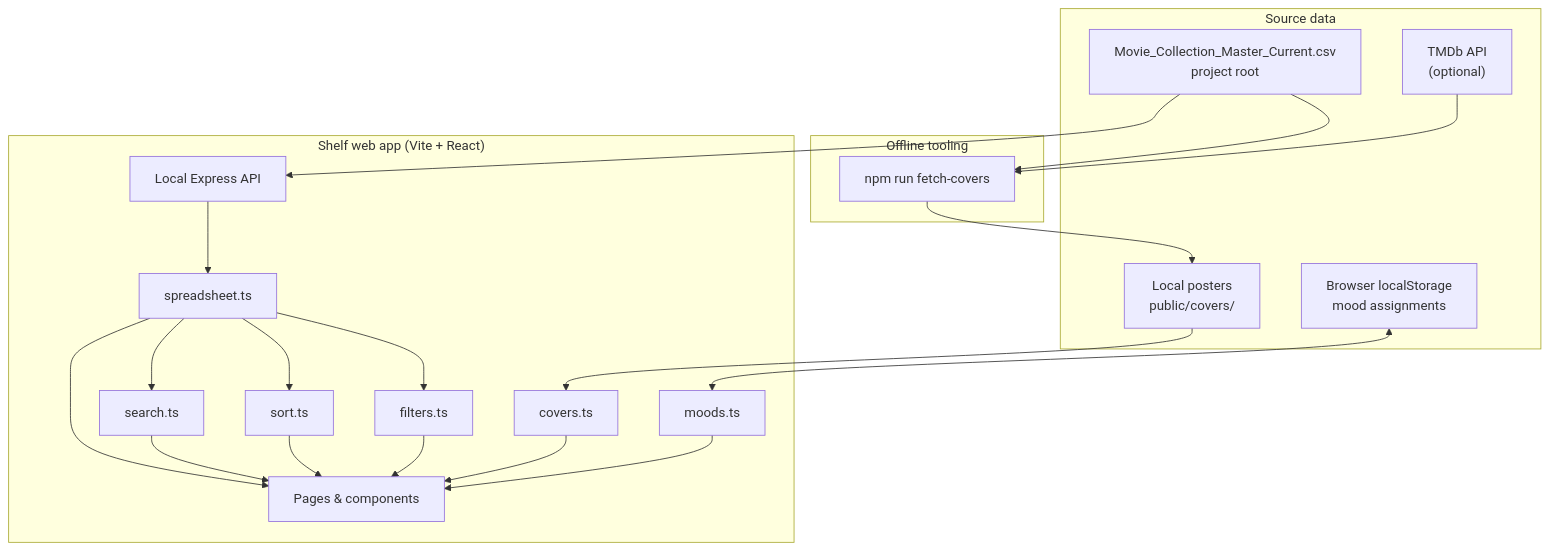
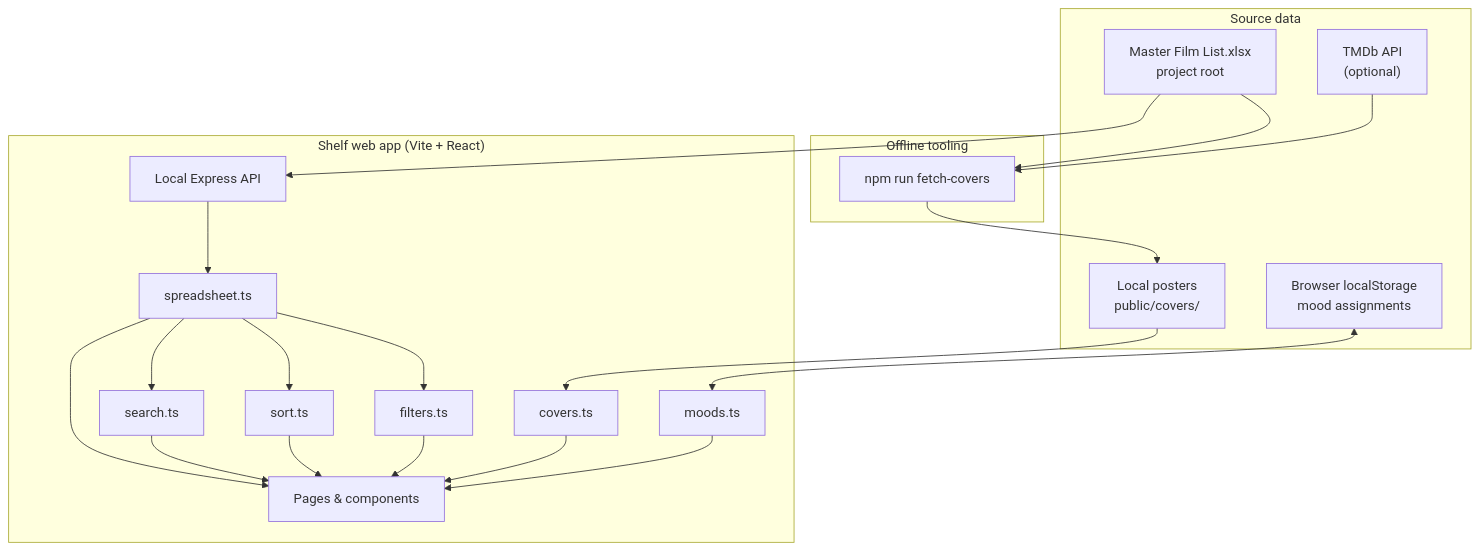
One commit to sollinsnaya/MovieCollection changed the first of 4 diagrams in docs/DESIGN.md. Above: the diagram before and after it, drawn with Mermaid. The commit also changed other lines of this file and 4714 other files, not shown here.

````diff
--- a/docs/DESIGN.md
+++ b/docs/DESIGN.md
@@ -25,34 +25,34 @@
 ```mermaid
 flowchart TB
   subgraph Sources["Source data"]
-    AppCSV["Movie_Collection_Master_Current.csv<br/>project root"]
+    AppCSV["Master Film List.xlsx<br/>project root"]
     Covers["Local posters<br/>public/covers/"]
     TMDb["TMDb API<br/>(optional)"]
     BrowserStore["Browser localStorage<br/>mood assignments"]
   end
 
   subgraph Tooling["Offline tooling"]
     FetchScript["npm run fetch-covers"]
   end
 
   subgraph App["Shelf web app (Vite + React)"]
     UI["Pages & components"]
     Load["spreadsheet.ts"]
     Search["search.ts"]
     Sort["sort.ts"]
     Filters["filters.ts"]
     CoversLib["covers.ts"]
     MoodsLib["moods.ts"]
     API["Local Express API"]
   end
 
   AppCSV --> API
   AppCSV --> FetchScript
   TMDb --> FetchScript --> Covers
   API --> Load --> UI
   Covers --> CoversLib --> UI
   BrowserStore <--> MoodsLib --> UI
   Load --> Search --> UI
   Load --> Sort --> UI
   Load --> Filters --> UI
 ```
````
